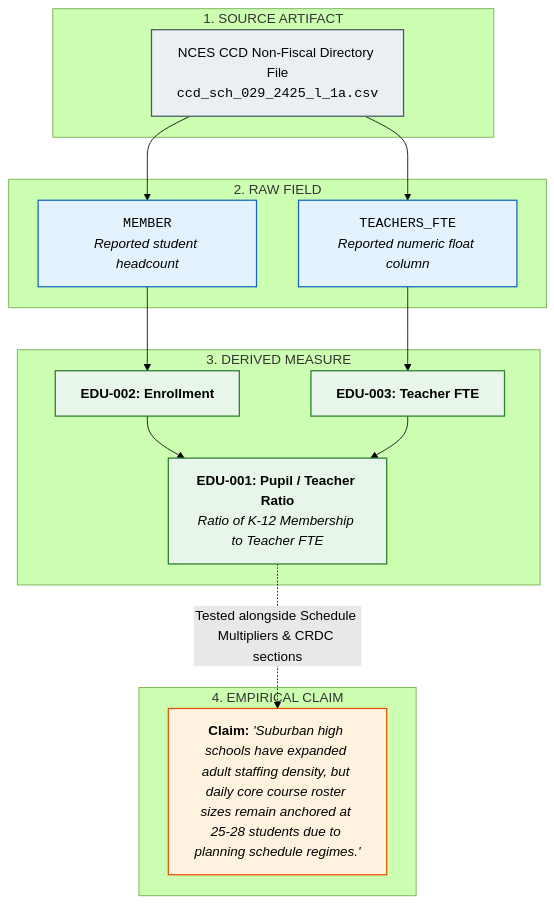
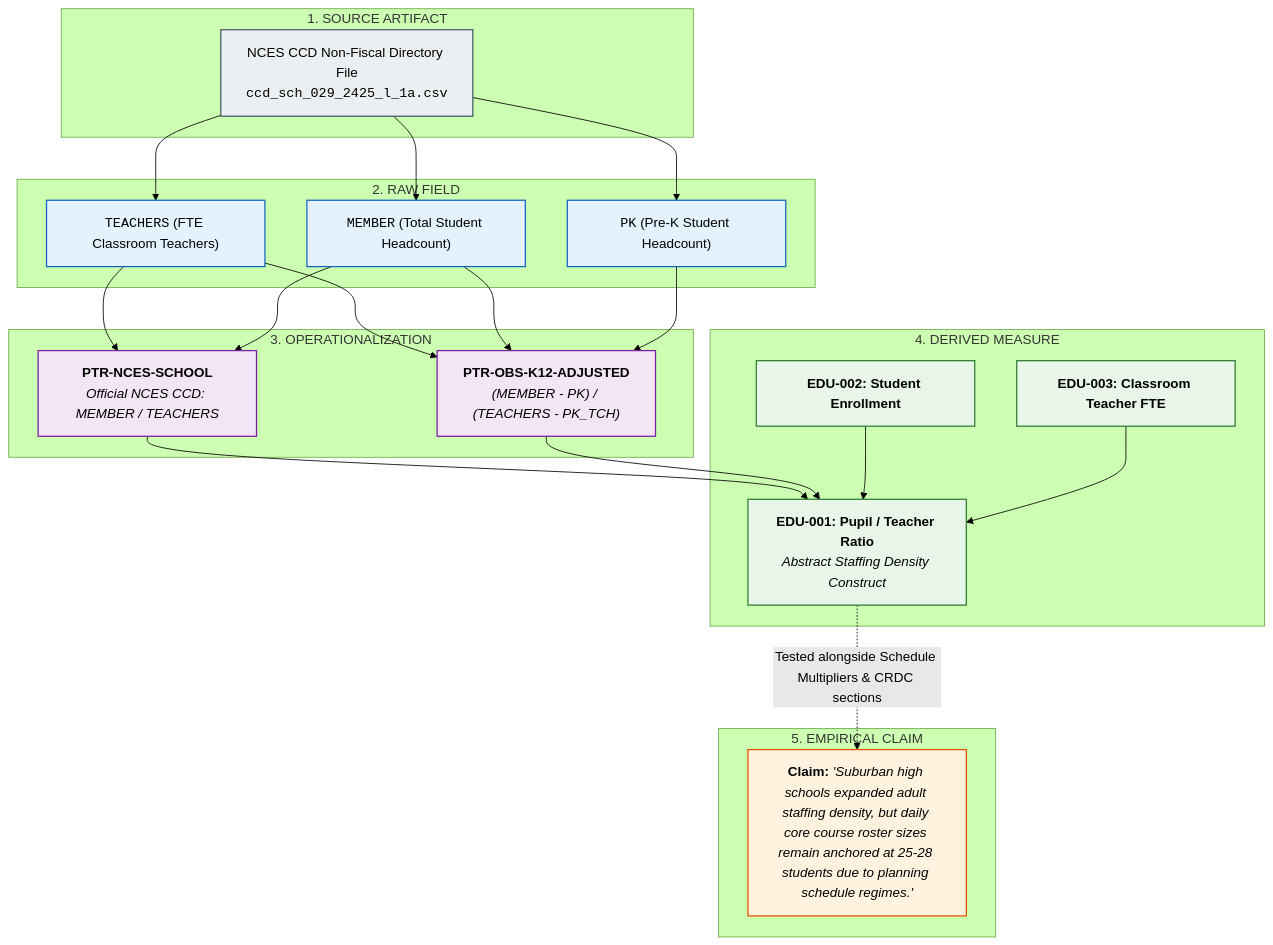
The diagram in 2026/2026-09-26-education-data-observatory/README.md (admiralorbiter/computational-sketchbook), drawn with Mermaid (forest theme) before and after one commit. The commit also changed other lines of this file and 15 other files, not shown here.

````diff
--- a/2026/2026-09-26-education-data-observatory/README.md
+++ b/2026/2026-09-26-education-data-observatory/README.md
@@ -21,39 +22,53 @@
 ```mermaid
 flowchart TD
     subgraph S["1. SOURCE ARTIFACT"]
         S1["NCES CCD Non-Fiscal Directory File<br/><code>ccd_sch_029_2425_l_1a.csv</code>"]
     end
 
     subgraph F["2. RAW FIELD"]
-        F1["<code>TEACHERS_FTE</code><br/><i>Reported numeric float column</i>"]
-        F2["<code>MEMBER</code><br/><i>Reported student headcount</i>"]
+        F1["<code>TEACHERS</code> (FTE Classroom Teachers)"]
+        F2["<code>MEMBER</code> (Total Student Headcount)"]
+        F3["<code>PK</code> (Pre-K Student Headcount)"]
     end
 
-    subgraph M["3. DERIVED MEASURE"]
-        M1["<b>EDU-001: Pupil / Teacher Ratio</b><br/><i>Ratio of K-12 Membership to Teacher FTE</i>"]
-        M2["<b>EDU-002: Enrollment</b>"]
-        M3["<b>EDU-003: Teacher FTE</b>"]
+    subgraph O["3. OPERATIONALIZATION"]
+        O1["<b>PTR-NCES-SCHOOL</b><br/><i>Official NCES CCD: MEMBER / TEACHERS</i>"]
+        O2["<b>PTR-OBS-K12-ADJUSTED</b><br/><i>(MEMBER - PK) / (TEACHERS - PK_TCH)</i>"]
     end
 
-    subgraph C["4. EMPIRICAL CLAIM"]
-        C1["<b>Claim:</b> <i>'Suburban high schools have expanded adult staffing density, but daily core course roster sizes remain anchored at 25-28 students due to planning schedule regimes.'</i>"]
+    subgraph M["4. DERIVED MEASURE"]
+        M1["<b>EDU-001: Pupil / Teacher Ratio</b><br/><i>Abstract Staffing Density Construct</i>"]
+        M2["<b>EDU-002: Student Enrollment</b>"]
+        M3["<b>EDU-003: Classroom Teacher FTE</b>"]
+    end
+
+    subgraph C["5. EMPIRICAL CLAIM"]
+        C1["<b>Claim:</b> <i>'Suburban high schools expanded adult staffing density, but daily core course roster sizes remain anchored at 25-28 students due to planning schedule regimes.'</i>"]
     end
 
     S1 --> F1
     S1 --> F2
-    F2 --> M2
-    F1 --> M3
+    S1 --> F3
+    F1 --> O1
+    F2 --> O1
+    F1 --> O2
+    F2 --> O2
+    F3 --> O2
+    O1 --> M1
+    O2 --> M1
     M2 --> M1
     M3 --> M1
     M1 -.->|Tested alongside Schedule Multipliers & CRDC sections| C1
 
     classDef sourceStyle fill:#eceff1,stroke:#455a64,stroke-width:1.5px;
     classDef fieldStyle fill:#e3f2fd,stroke:#1565c0,stroke-width:1.5px;
+    classDef opStyle fill:#f3e5f5,stroke:#7b1fa2,stroke-width:1.5px;
     classDef measureStyle fill:#e8f5e9,stroke:#2e7d32,stroke-width:1.5px;
     classDef claimStyle fill:#fff3e0,stroke:#e65100,stroke-width:1.5px;
 
     class S1 sourceStyle;
-    class F1,F2 fieldStyle;
+    class F1,F2,F3 fieldStyle;
+    class O1,O2 opStyle;
     class M1,M2,M3 measureStyle;
     class C1 claimStyle;
 ```
````
